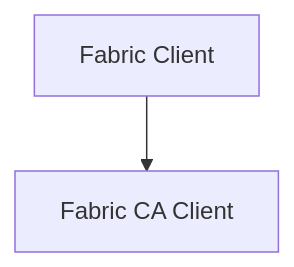
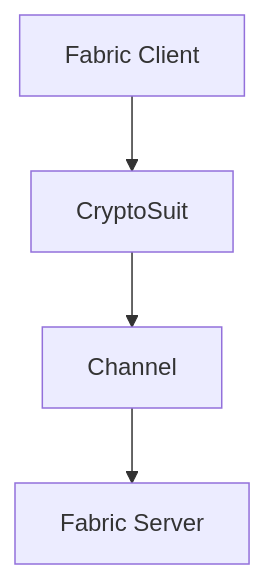
One commit to zhtswang/hyperledgerFabric changed the diagram in README.md. Above: the diagram before and after it, drawn with Mermaid.

````diff
--- a/README.md
+++ b/README.md
@@ -19,4 +19,6 @@
 ```mermaid
 graph TD;
-A[Fabric Client]-->B[Fabric CA Client]
+A[Fabric Client]-->B[CryptoSuit]
+B-->C[Channel]
+C-->D[Fabric Server]
 ```
````
